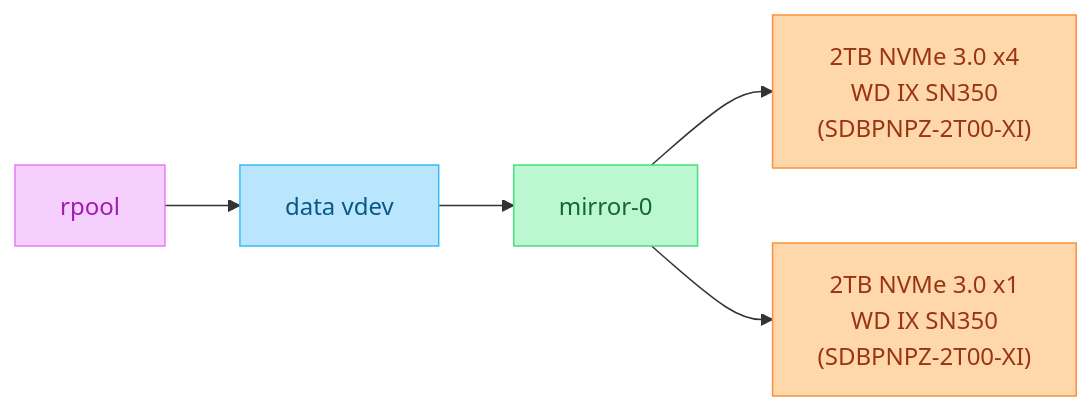
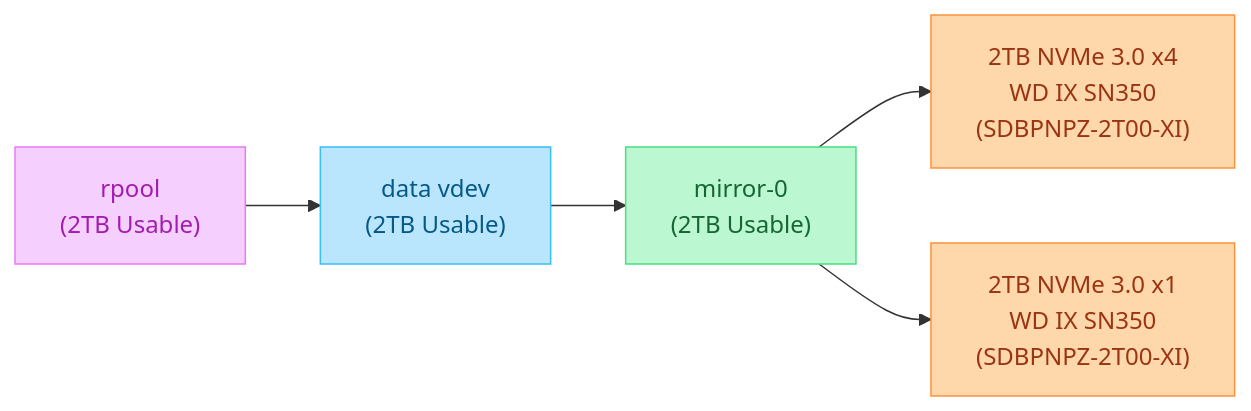
The third of 3 diagrams in README.md (danterazo/docker-configs), drawn with Mermaid before and after one commit. The commit also changed other lines of this file, not shown here.

Commit message:
Accumulative usable storage

````diff
--- a/README.md
+++ b/README.md
@@ -68,17 +68,17 @@
 ```mermaid
 flowchart LR
-    rpool --> rpool_data["data vdev"]
-    rpool_data --> rpool_mirror["mirror-0"]
+    rpool["rpool<br>(2TB Usable)"] --> rpool_data["data vdev<br>(2TB Usable)"]
+    rpool_data --> rpool_mirror["mirror-0<br>(2TB Usable)"]
     rpool_mirror --> rpool_nvme1["2TB NVMe 3.0 x4<br>WD IX SN350<br>(SDBPNPZ-2T00-XI)"]
     rpool_mirror --> rpool_nvme2["2TB NVMe 3.0 x1<br>WD IX SN350<br>(SDBPNPZ-2T00-XI)"]
 
     classDef pool fill:#f5d0fe,color:#a21caf,stroke:#e879f9
     classDef vdev fill:#bae6fd,color:#075985,stroke:#38bdf8
     classDef mirror fill:#bbf7d0,color:#166534,stroke:#4ade80
     classDef disk fill:#fed7aa,color:#9a3412,stroke:#fb923c
 
     class rpool pool
     class rpool_data vdev
     class rpool_mirror mirror
     class rpool_nvme1,rpool_nvme2 disk
 ```
````
